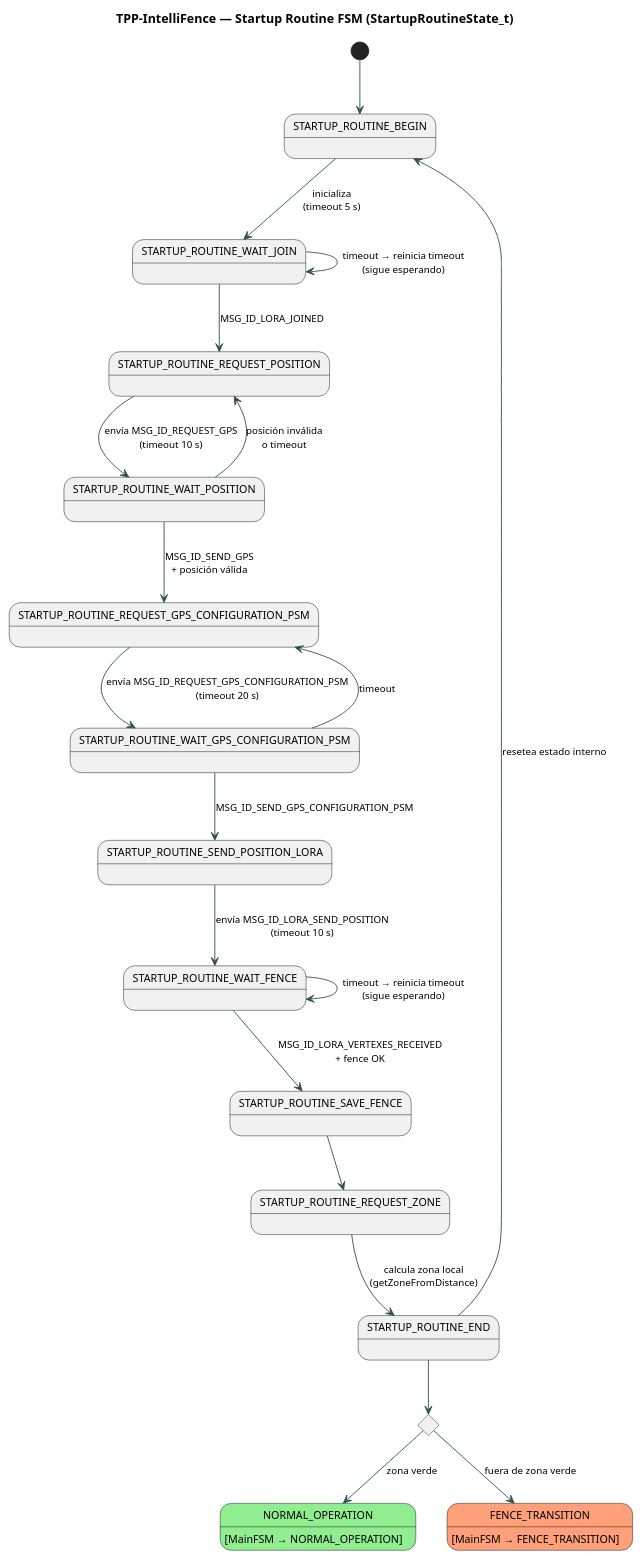
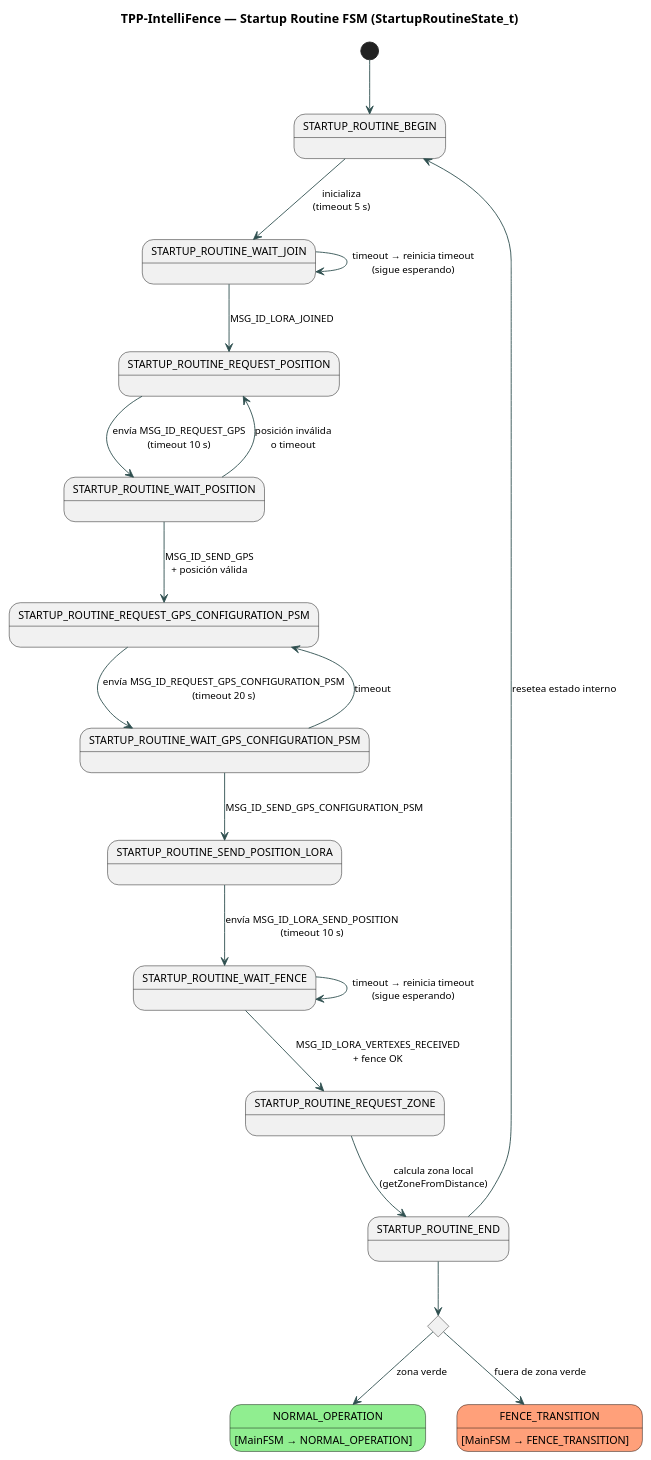
One commit to AgustinPessina00/TPP-IntelliFence changed the diagram in docs/06_uml/startup_routine_fsm.puml. Above: the diagram before and after it, drawn with PlantUML. The commit also changed 1 other file, not shown here.

Commit message:
refactor(FSM): Comment out unused case for STARTUP_ROUTINE_SAVE_FENCE

```diff
--- a/docs/06_uml/startup_routine_fsm.puml
+++ b/docs/06_uml/startup_routine_fsm.puml
@@ -1,48 +1,46 @@
 @startuml startup_routine_fsm
 title TPP-IntelliFence — Startup Routine FSM (StartupRoutineState_t)
 
 skinparam state {
     BorderColor Black
     FontSize 12
     ArrowFontSize 11
 }
 skinparam ArrowColor DarkSlateGray
 
 [*] --> STARTUP_ROUTINE_BEGIN
 
 STARTUP_ROUTINE_BEGIN --> STARTUP_ROUTINE_WAIT_JOIN : inicializa\n(timeout 5 s)
 
 STARTUP_ROUTINE_WAIT_JOIN --> STARTUP_ROUTINE_REQUEST_POSITION  : MSG_ID_LORA_JOINED
 STARTUP_ROUTINE_WAIT_JOIN --> STARTUP_ROUTINE_WAIT_JOIN          : timeout → reinicia timeout\n(sigue esperando)
 
 STARTUP_ROUTINE_REQUEST_POSITION --> STARTUP_ROUTINE_WAIT_POSITION : envía MSG_ID_REQUEST_GPS\n(timeout 10 s)
 
 STARTUP_ROUTINE_WAIT_POSITION --> STARTUP_ROUTINE_REQUEST_GPS_CONFIGURATION_PSM : MSG_ID_SEND_GPS\n+ posición válida
 STARTUP_ROUTINE_WAIT_POSITION --> STARTUP_ROUTINE_REQUEST_POSITION               : posición inválida\no timeout
 
 STARTUP_ROUTINE_REQUEST_GPS_CONFIGURATION_PSM --> STARTUP_ROUTINE_WAIT_GPS_CONFIGURATION_PSM : envía MSG_ID_REQUEST_GPS_CONFIGURATION_PSM\n(timeout 20 s)
 
 STARTUP_ROUTINE_WAIT_GPS_CONFIGURATION_PSM --> STARTUP_ROUTINE_SEND_POSITION_LORA           : MSG_ID_SEND_GPS_CONFIGURATION_PSM
 STARTUP_ROUTINE_WAIT_GPS_CONFIGURATION_PSM --> STARTUP_ROUTINE_REQUEST_GPS_CONFIGURATION_PSM : timeout
 
 STARTUP_ROUTINE_SEND_POSITION_LORA --> STARTUP_ROUTINE_WAIT_FENCE : envía MSG_ID_LORA_SEND_POSITION\n(timeout 10 s)
 
-STARTUP_ROUTINE_WAIT_FENCE --> STARTUP_ROUTINE_SAVE_FENCE : MSG_ID_LORA_VERTEXES_RECEIVED\n+ fence OK
+STARTUP_ROUTINE_WAIT_FENCE --> STARTUP_ROUTINE_REQUEST_ZONE : MSG_ID_LORA_VERTEXES_RECEIVED\n+ fence OK
 STARTUP_ROUTINE_WAIT_FENCE --> STARTUP_ROUTINE_WAIT_FENCE  : timeout → reinicia timeout\n(sigue esperando)
-
-STARTUP_ROUTINE_SAVE_FENCE --> STARTUP_ROUTINE_REQUEST_ZONE
 
 STARTUP_ROUTINE_REQUEST_ZONE --> STARTUP_ROUTINE_END : calcula zona local\n(getZoneFromDistance)
 
 STARTUP_ROUTINE_END --> STARTUP_ROUTINE_BEGIN : resetea estado interno
 
 state fork_end <<choice>>
 STARTUP_ROUTINE_END --> fork_end
 
 fork_end --> NORMAL_OPERATION   : zona verde
 fork_end --> FENCE_TRANSITION   : fuera de zona verde
 
 state NORMAL_OPERATION   #LightGreen  : [MainFSM → NORMAL_OPERATION]
 state FENCE_TRANSITION   #LightSalmon : [MainFSM → FENCE_TRANSITION]
 
 @enduml
```
